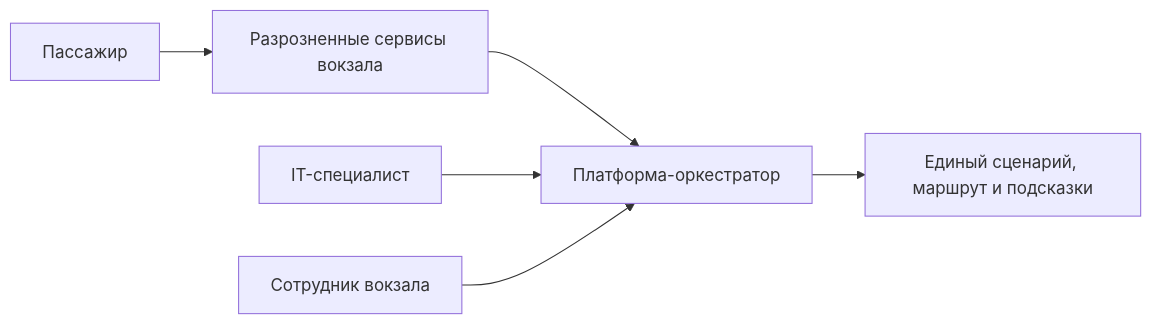
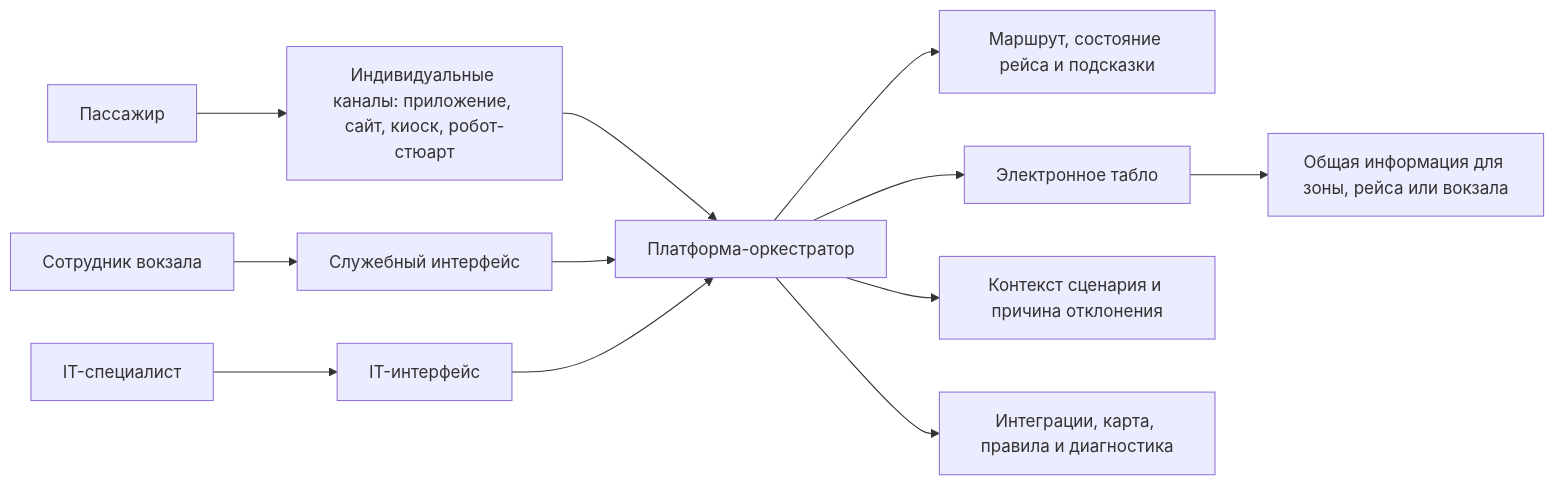
One commit to FlashgoKless/CW-for-dissertation changed the diagram in 01-описание-системы.md. Above: the diagram before and after it, drawn with Mermaid. The commit also changed other lines of this file, not shown here.

````diff
--- a/01-описание-системы.md
+++ b/01-описание-системы.md
@@ -85,8 +104,17 @@
 ```mermaid
 flowchart LR
-    Passenger[Пассажир] --> Problem[Разрозненные сервисы вокзала]
-    Problem --> Platform[Платформа-оркестратор]
-    Platform --> Result[Единый сценарий, маршрут и подсказки]
-    IT[IT-специалист] --> Platform
-    Staff[Сотрудник вокзала] --> Platform
+    Passenger["Пассажир"] --> PersonalChannels["Индивидуальные каналы: приложение, сайт, киоск, робот-стюарт"]
+    PersonalChannels --> Platform["Платформа-оркестратор"]
+    Platform --> PassengerResult["Маршрут, состояние рейса и подсказки"]
+
+    Platform --> PublicBoard["Электронное табло"]
+    PublicBoard --> PublicInfo["Общая информация для зоны, рейса или вокзала"]
+
+    Staff["Сотрудник вокзала"] --> StaffUI["Служебный интерфейс"]
+    StaffUI --> Platform
+    Platform --> StaffResult["Контекст сценария и причина отклонения"]
+
+    IT["IT-специалист"] --> Admin["IT-интерфейс"]
+    Admin --> Platform
+    Platform --> ITResult["Интеграции, карта, правила и диагностика"]
 ```
````
